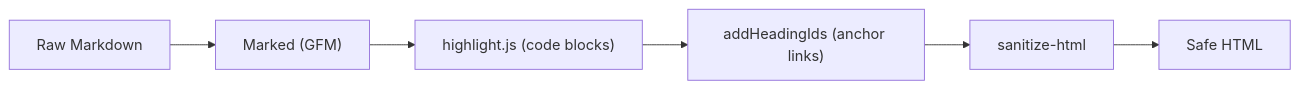
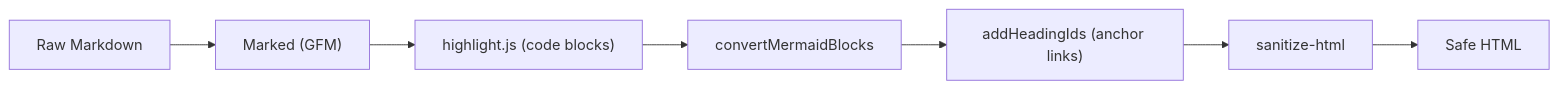
Before and after one commit to devAlphaSystem/Alpha-System-PocketDocs: the fifth of 5 diagrams in docs/architecture.md, drawn with Mermaid. The commit also changed other lines of this file and 11 other files, not shown here.

````diff
--- a/docs/architecture.md
+++ b/docs/architecture.md
@@ -249,8 +249,9 @@
 ```mermaid
 flowchart LR
     MD["Raw Markdown"] --> Marked["Marked (GFM)"]
     Marked --> HL["highlight.js (code blocks)"]
-    HL --> HID["addHeadingIds (anchor links)"]
+    HL --> MER["convertMermaidBlocks"]
+    MER --> HID["addHeadingIds (anchor links)"]
     HID --> SAN["sanitize-html"]
     SAN --> HTML["Safe HTML"]
 ```
````
